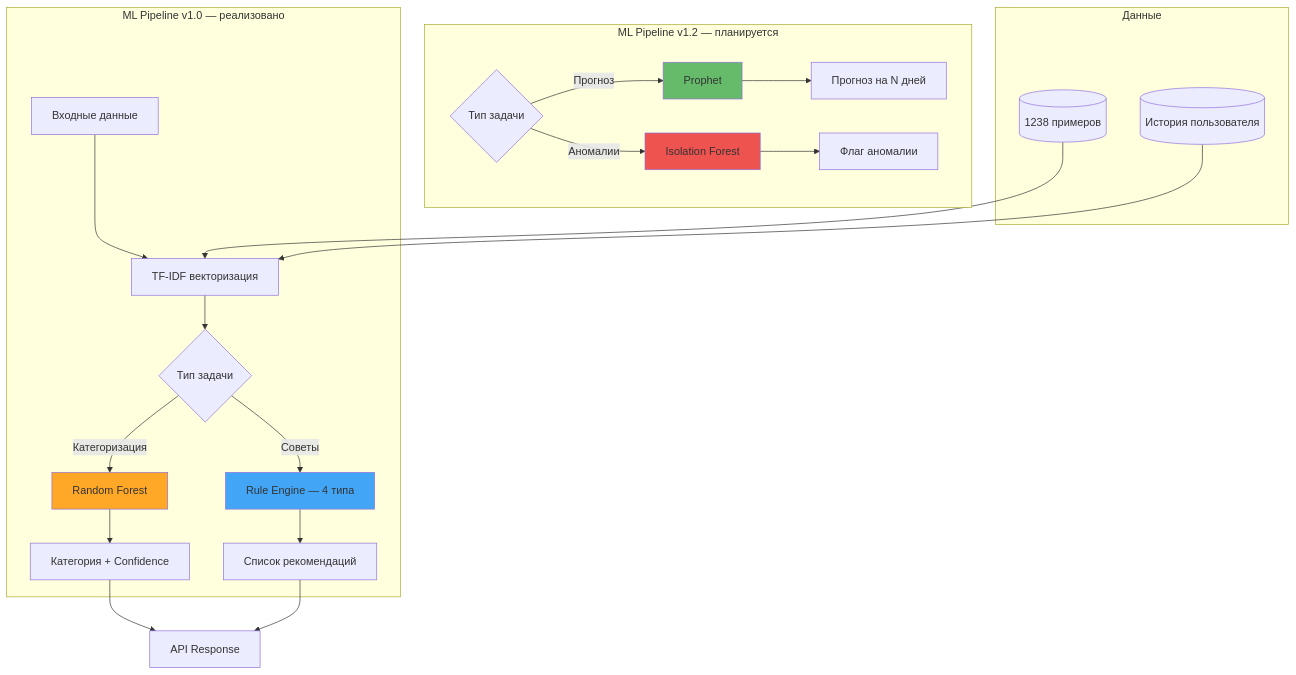
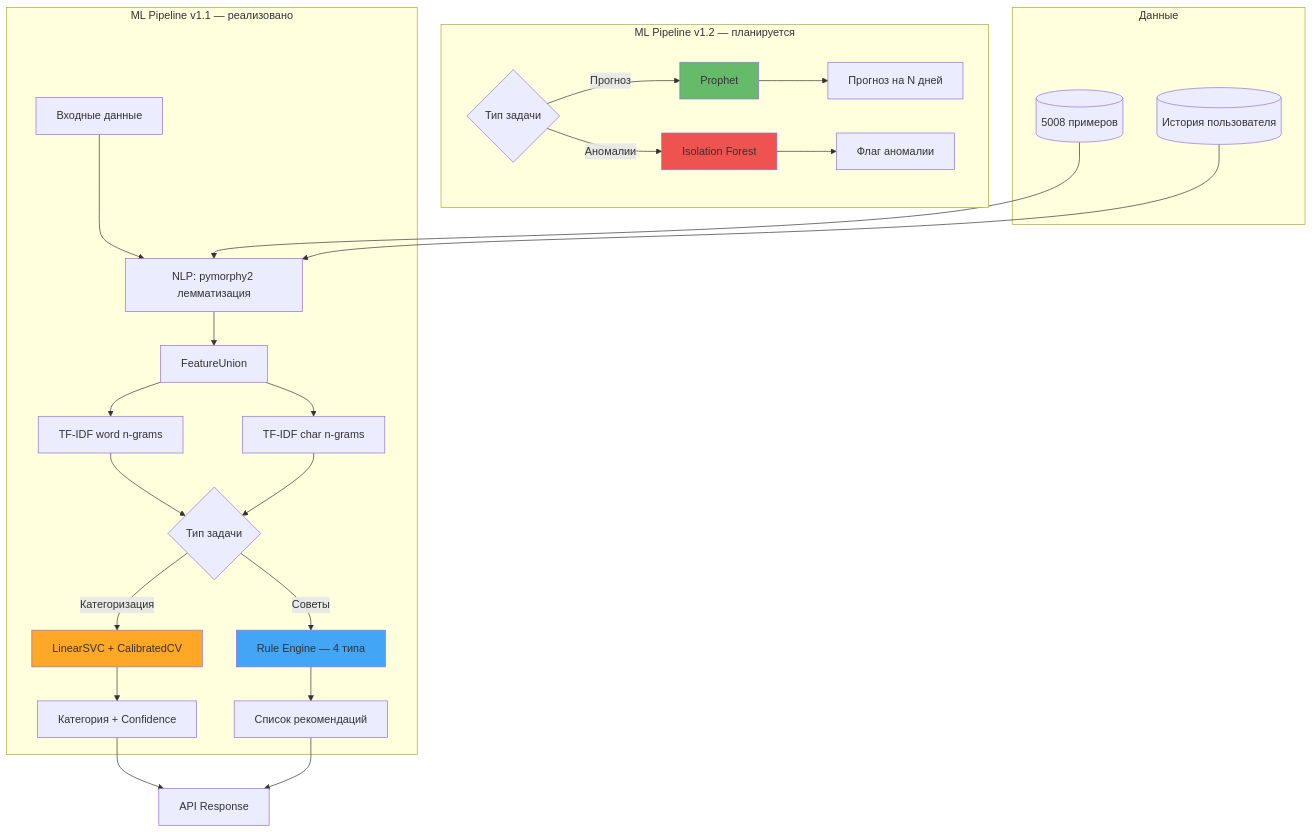
Before and after one commit to LiebeBleck/FinWise_v2: the seventh of 14 diagrams in README.md, drawn with Mermaid. The commit also changed other lines of this file, not shown here.

Commit message:
Update docs: LinearSVC 98.50%, dataset 5008, ML v1.1 complete

````diff
--- a/README.md
+++ b/README.md
@@ -411,34 +411,38 @@
 ```mermaid
 graph TB
-    subgraph "ML Pipeline v1.0 — реализовано"
-        A[Входные данные] --> B[TF-IDF векторизация]
-        B --> C{Тип задачи}
+    subgraph "ML Pipeline v1.1 — реализовано"
+        A[Входные данные] --> P[NLP: pymorphy2 лемматизация]
+        P --> B[FeatureUnion]
+        B --> B1[TF-IDF word n-grams]
+        B --> B2[TF-IDF char n-grams]
+        B1 --> C{Тип задачи}
+        B2 --> C
 
-        C -->|Категоризация| D[Random Forest]
+        C -->|Категоризация| D[LinearSVC + CalibratedCV]
         C -->|Советы| G[Rule Engine — 4 типа]
 
         D --> H[Категория + Confidence]
         G --> K[Список рекомендаций]
     end
 
     subgraph "ML Pipeline v1.2 — планируется"
         C2{Тип задачи}
         C2 -->|Прогноз| E[Prophet]
         C2 -->|Аномалии| F[Isolation Forest]
         E --> I[Прогноз на N дней]
         F --> J[Флаг аномалии]
     end
 
     subgraph "Данные"
-        L[(1238 примеров)] --> B
-        M[(История пользователя)] --> B
+        L[(5008 примеров)] --> P
+        M[(История пользователя)] --> P
     end
 
     H --> N[API Response]
     K --> N
 
     style D fill:#FFA726
     style G fill:#42A5F5
     style E fill:#66BB6A
     style F fill:#EF5350
 ```
````
